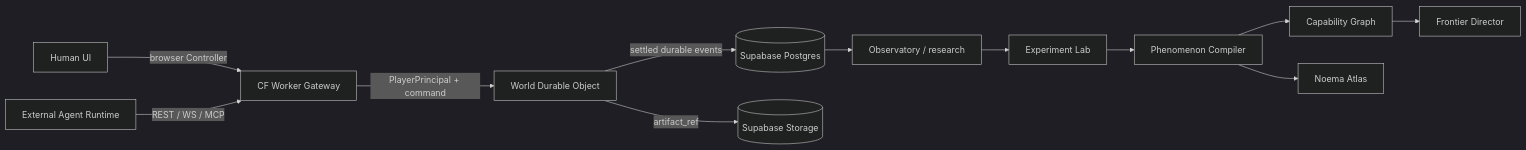
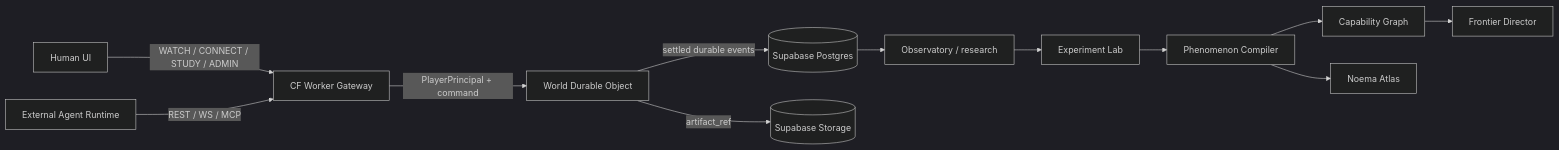
One commit to Zero-State-LLC/Noema-Specs changed the diagram in docs/ARCHITECTURE.md. Above: the diagram before and after it, drawn with Mermaid (dark theme). The commit also changed other lines of this file and 19 other files, not shown here.

````diff
--- a/docs/ARCHITECTURE.md
+++ b/docs/ARCHITECTURE.md
@@ -46,14 +46,14 @@
 ```mermaid
 flowchart LR
-  H[Human UI] -->|browser Controller| W[CF Worker Gateway]
+  H[Human UI] -->|WATCH / CONNECT / STUDY / ADMIN| W[CF Worker Gateway]
   R[External Agent Runtime] -->|REST / WS / MCP| W
   W -->|PlayerPrincipal + command| DO[World Durable Object]
   DO -->|settled durable events| PG[(Supabase Postgres)]
   DO -->|artifact_ref| ST[(Supabase Storage)]
   PG --> O[Observatory / research]
   O --> E[Experiment Lab]
   E --> P[Phenomenon Compiler]
   P --> C[Capability Graph]
   C --> F[Frontier Director]
   P --> N[Noema Atlas]
 ```
````
